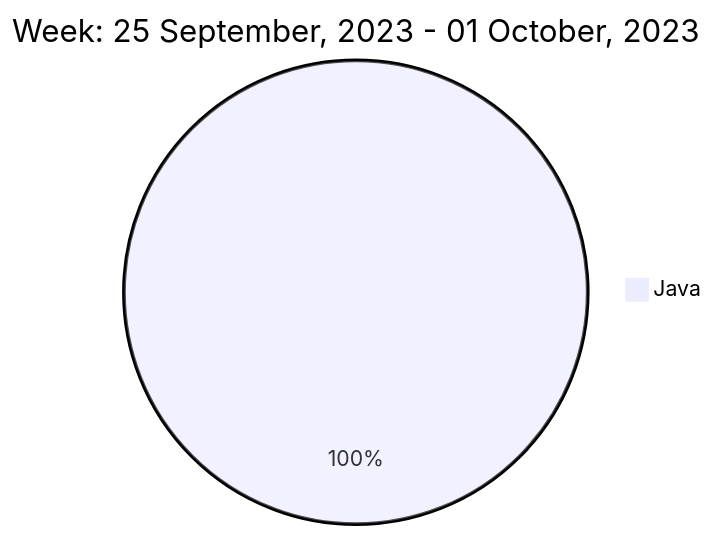
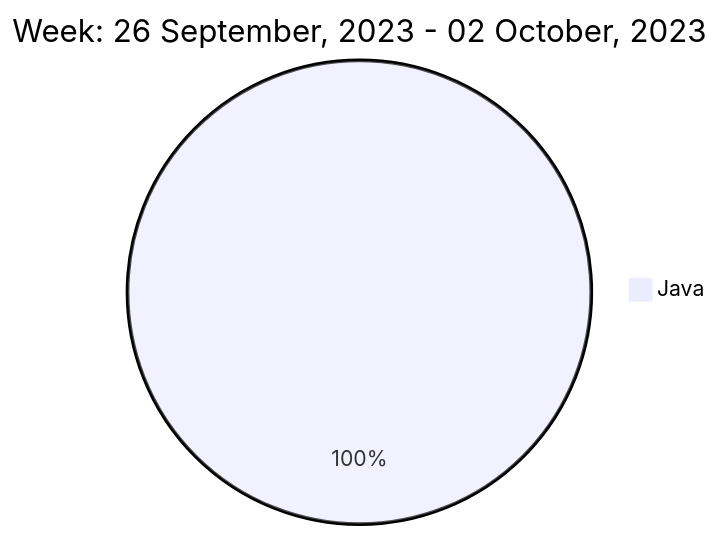
The diagram in README.md (liubin95/liubin95), drawn with Mermaid before and after one commit.

Commit message:
Updated the Graph with new Metrics

````diff
--- a/README.md
+++ b/README.md
@@ -40,5 +40,5 @@
 ```mermaid
  pie
-title Week: 25 September, 2023 - 01 October, 2023
+title Week: 26 September, 2023 - 02 October, 2023
  "Java" : 1.12
 ```
````
